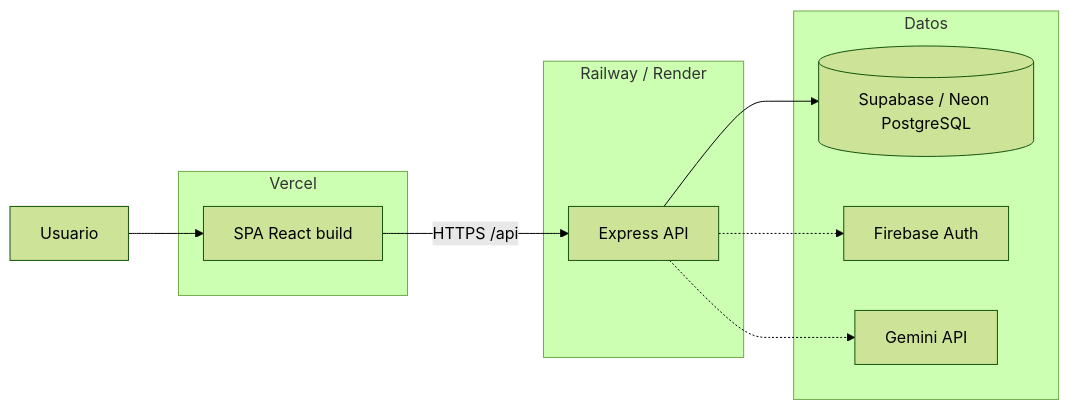
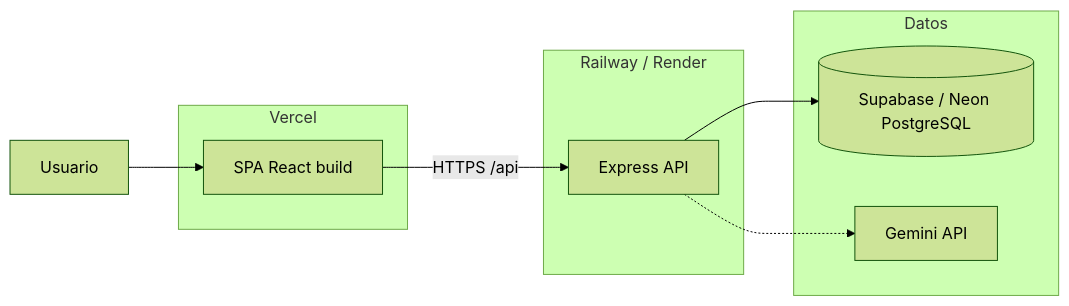
The sixth of 6 diagrams in docs/DIAGRAMAS.md (wanglingtech/PV_Padron_Vehicular), drawn with Mermaid (forest theme) before and after one commit. The commit also changed other lines of this file and 12 other files, not shown here.

````diff
--- a/docs/DIAGRAMAS.md
+++ b/docs/DIAGRAMAS.md
@@ -234,20 +235,18 @@
 ```mermaid
 flowchart LR
     subgraph Vercel
         FE[SPA React build]
     end
     subgraph Railway["Railway / Render"]
         BE[Express API]
     end
     subgraph Datos
         DB[(Supabase / Neon PostgreSQL)]
-        FB[Firebase Auth]
         AI[Gemini API]
     end
 
     Usuario --> FE
     FE -->|HTTPS /api| BE
     BE --> DB
-    BE -.-> FB
     BE -.-> AI
 ```
````
